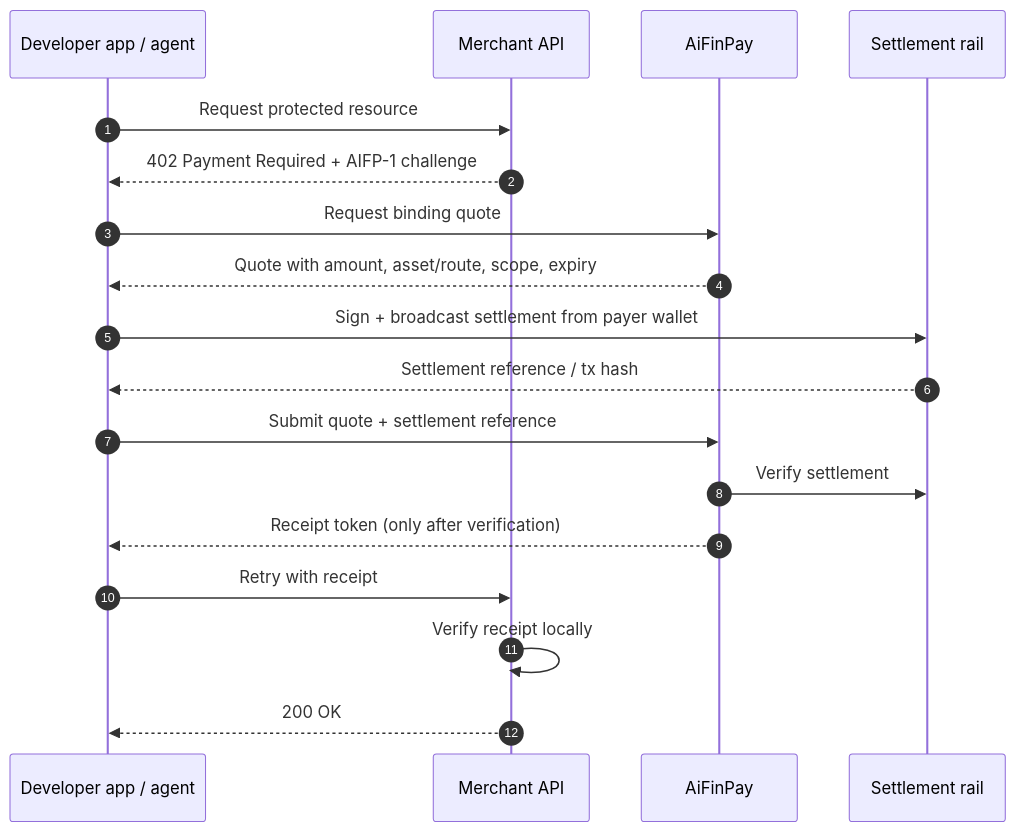
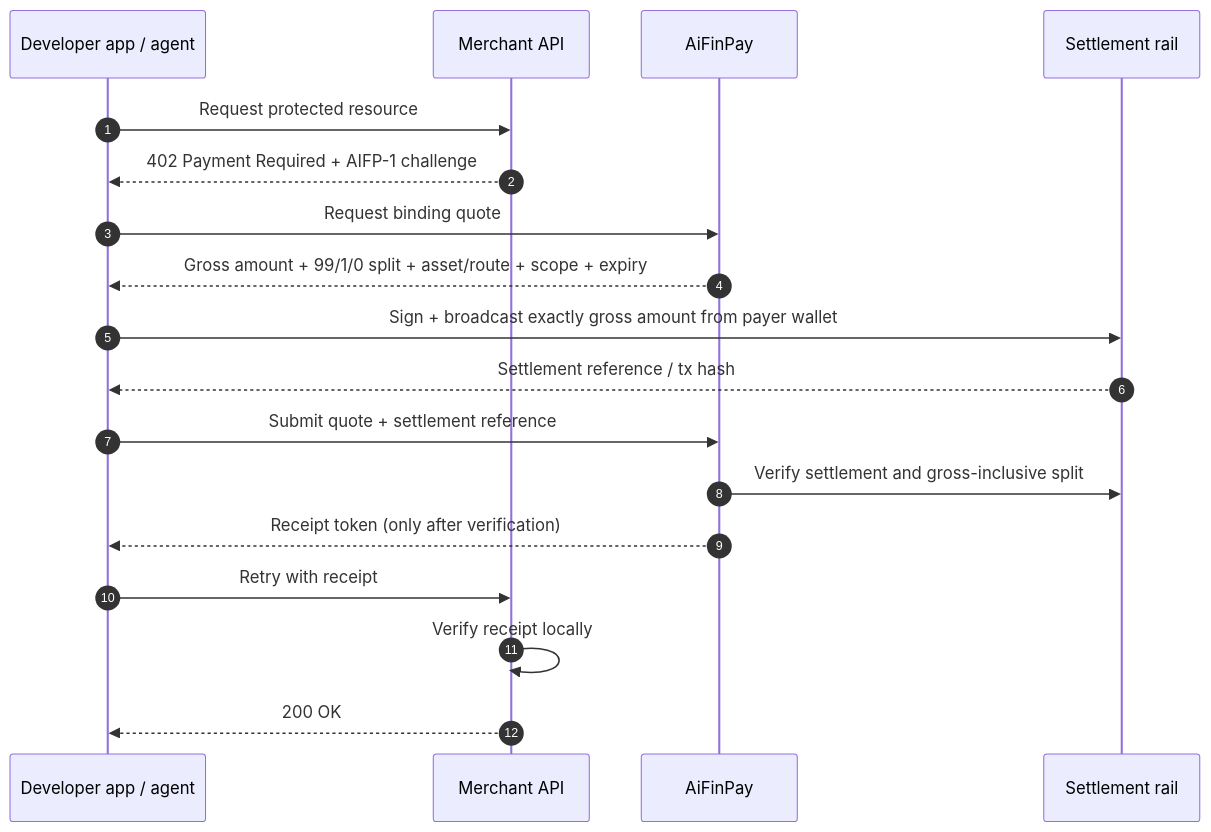
One commit to AiFinPay/AIFP-1 changed the diagram in docs/core-concepts/x402-flow.md. Above: the diagram before and after it, drawn with Mermaid. The commit also changed other lines of this file and 34 other files, not shown here.

First line of the commit message:
AIFP-1: make gross-inclusive 99/1 economics normative

````diff
--- a/docs/core-concepts/x402-flow.md
+++ b/docs/core-concepts/x402-flow.md
@@ -21,21 +24,21 @@
 ```mermaid
 sequenceDiagram
     autonumber
     participant Client as Developer app / agent
     participant Merchant as Merchant API
     participant AIFP as AiFinPay
     participant Chain as Settlement rail
 
     Client->>Merchant: Request protected resource
     Merchant-->>Client: 402 Payment Required + AIFP-1 challenge
     Client->>AIFP: Request binding quote
-    AIFP-->>Client: Quote with amount, asset/route, scope, expiry
-    Client->>Chain: Sign + broadcast settlement from payer wallet
+    AIFP-->>Client: Gross amount + 99/1/0 split + asset/route + scope + expiry
+    Client->>Chain: Sign + broadcast exactly gross amount from payer wallet
     Chain-->>Client: Settlement reference / tx hash
     Client->>AIFP: Submit quote + settlement reference
-    AIFP->>Chain: Verify settlement
+    AIFP->>Chain: Verify settlement and gross-inclusive split
     AIFP-->>Client: Receipt token (only after verification)
     Client->>Merchant: Retry with receipt
     Merchant->>Merchant: Verify receipt locally
     Merchant-->>Client: 200 OK
 ```
````
